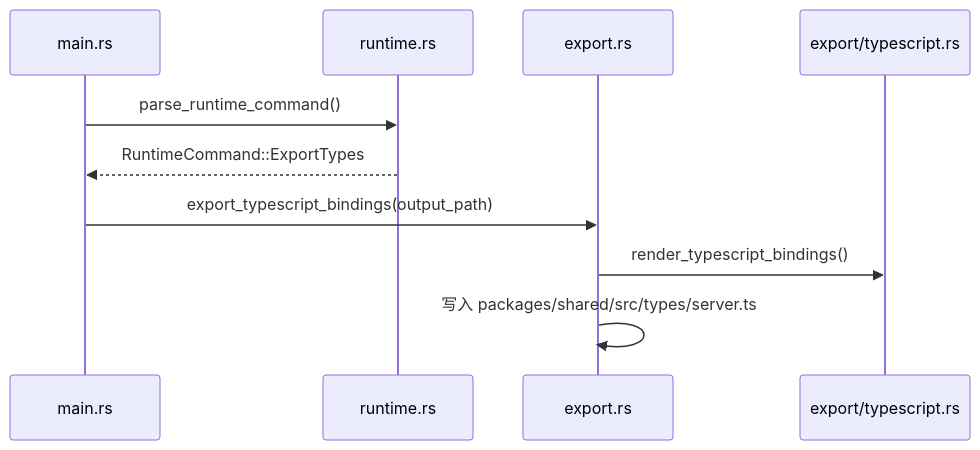
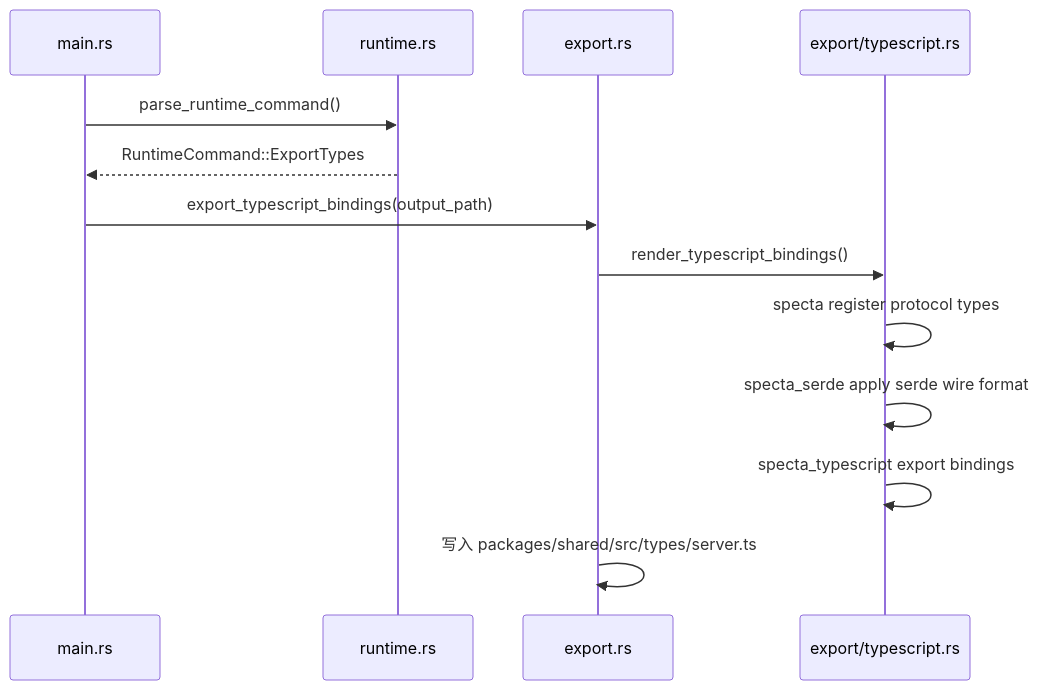
Before and after one commit to enximi/vibe-coding-remote: the third of 10 diagrams in crates/server/ARCHITECTURE.md, drawn with Mermaid. The commit also changed other lines of this file and 1 other file, not shown here.

Commit message:
docs(server): clarify type export and capabilities model

````diff
--- a/crates/server/ARCHITECTURE.md
+++ b/crates/server/ARCHITECTURE.md
@@ -161,13 +161,16 @@
 ```mermaid
 sequenceDiagram
     participant Main as main.rs
     participant Runtime as runtime.rs
     participant Export as export.rs
-    participant Template as export/typescript.rs
+    participant Generator as export/typescript.rs
 
     Main->>Runtime: parse_runtime_command()
     Runtime-->>Main: RuntimeCommand::ExportTypes
     Main->>Export: export_typescript_bindings(output_path)
-    Export->>Template: render_typescript_bindings()
+    Export->>Generator: render_typescript_bindings()
+    Generator->>Generator: specta register protocol types
+    Generator->>Generator: specta_serde apply serde wire format
+    Generator->>Generator: specta_typescript export bindings
     Export->>Export: 写入 packages/shared/src/types/server.ts
 ```
````
